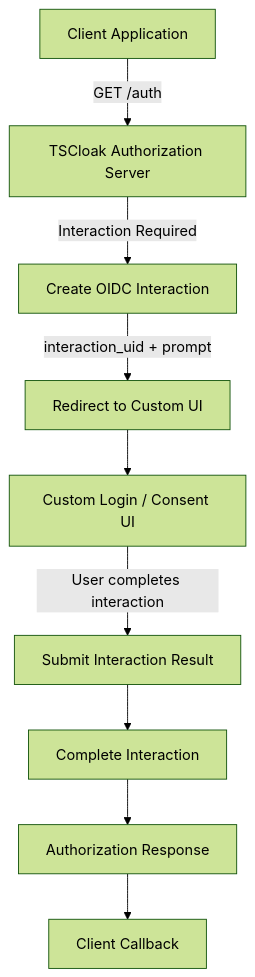
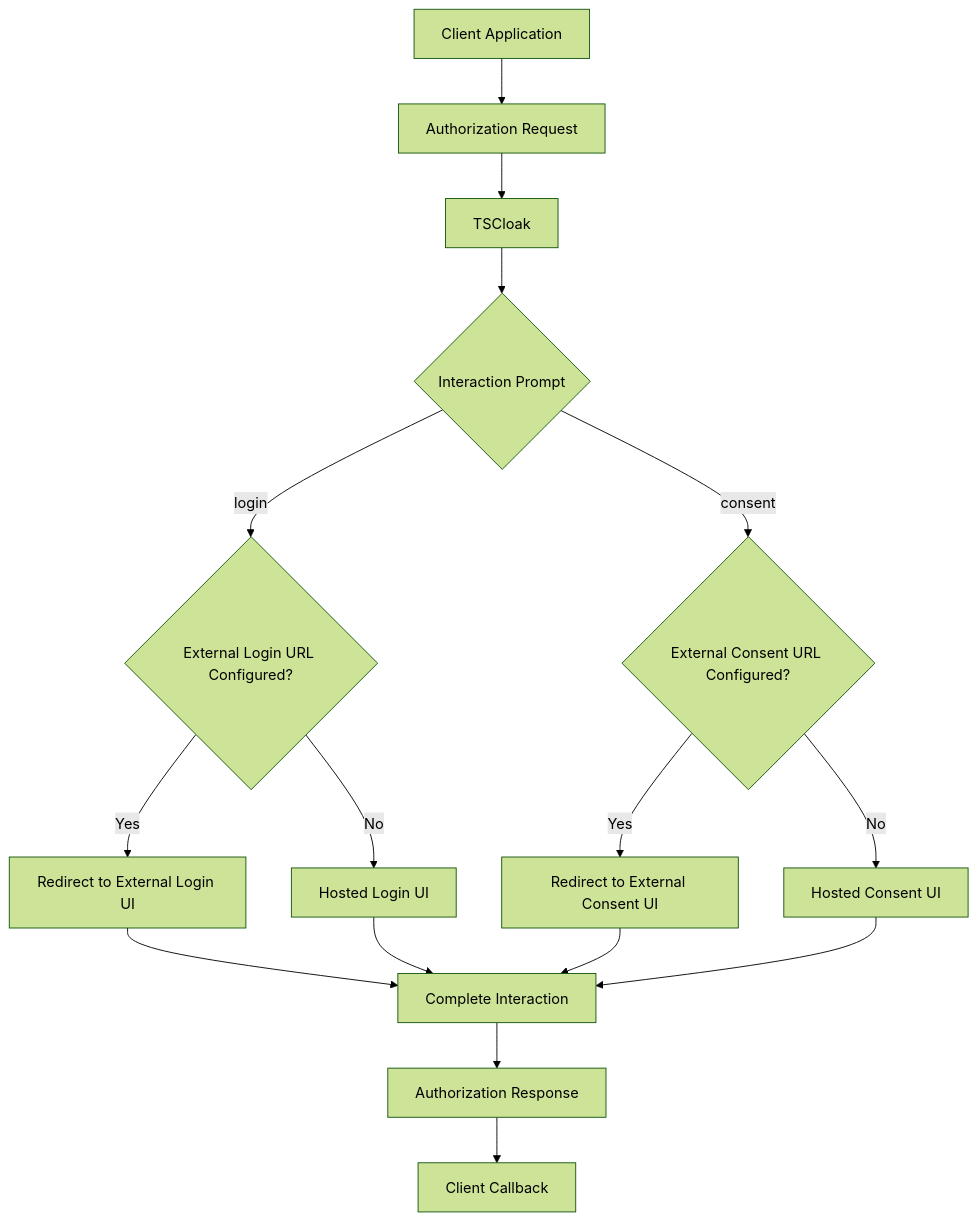
The fourth of 18 diagrams in README.md (TechSivaram/tscloak), drawn with Mermaid (forest theme) before and after one commit. The commit also changed other lines of this file, not shown here.

Commit message:
updated the readme with consent url

````diff
--- a/README.md
+++ b/README.md
@@ -178,11 +252,18 @@
 ```mermaid
 flowchart TD
-    A["Client Application"] -->|GET /auth| B["TSCloak Authorization Server"]
-    B -->|Interaction Required| C["Create OIDC Interaction"]
-    C -->|interaction_uid + prompt| D["Redirect to Custom UI"]
-    D --> E["Custom Login / Consent UI"]
-    E -->|User completes interaction| F["Submit Interaction Result"]
-    F --> G["Complete Interaction"]
-    G --> H["Authorization Response"]
-    H --> I["Client Callback"]
+    A["Client Application"] --> B["Authorization Request"]
+    B --> C["TSCloak"]
+    C --> D{"Interaction Prompt"}
+    D -->|login| E{"External Login URL Configured?"}
+    E -->|Yes| F["Redirect to External Login UI"]
+    E -->|No| G["Hosted Login UI"]
+    D -->|consent| H{"External Consent URL Configured?"}
+    H -->|Yes| I["Redirect to External Consent UI"]
+    H -->|No| J["Hosted Consent UI"]
+    F --> K["Complete Interaction"]
+    G --> K
+    I --> K
+    J --> K
+    K --> L["Authorization Response"]
+    L --> M["Client Callback"]
 ```
````
